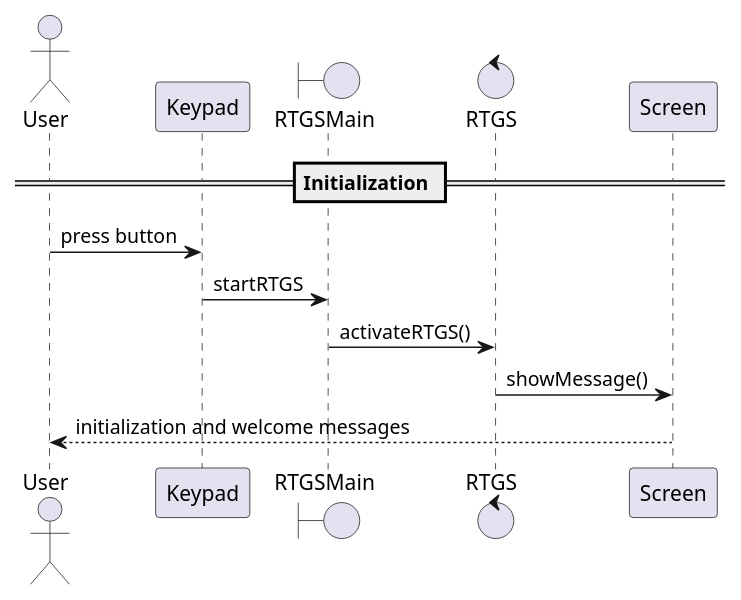
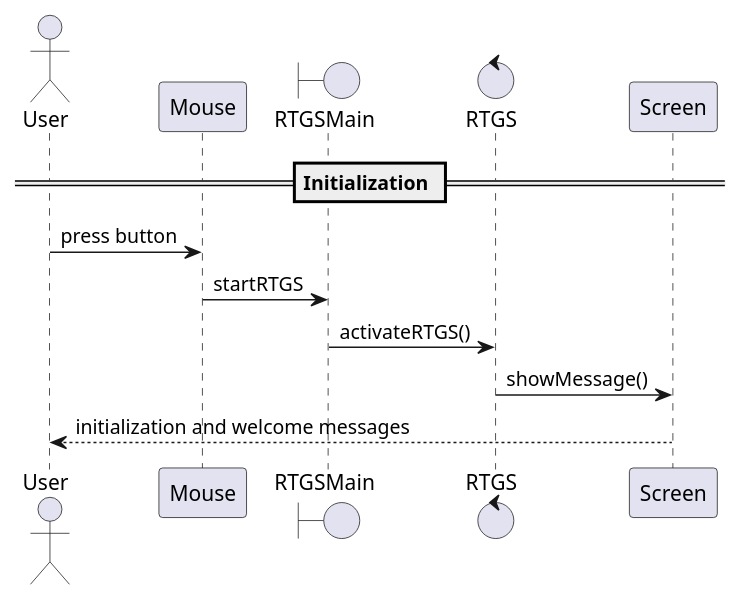
One commit to MarcioFreitasUFSC21/RTGS-Master-Course-System changed the diagram in SequecyDiagramInitinalization.plantuml. Above: the diagram before and after it, drawn with PlantUML. The commit also changed 8 other files, not shown here.

```diff
--- a/SequecyDiagramInitinalization.plantuml
+++ b/SequecyDiagramInitinalization.plantuml
@@ -1,11 +1,11 @@
 @startuml
 == Initialization ==
 actor User as Foo1
-Foo1 -> Keypad: press button
+Foo1 -> Mouse: press button
 boundary RTGSMain as Foo2
-Keypad -> Foo2: startRTGS
+Mouse -> Foo2: startRTGS
 control RTGS as Foo3
 Foo2 -> Foo3: activateRTGS()
 Foo3 -> Screen: showMessage()
 Screen --> Foo1: initialization and welcome messages
 @enduml
```
